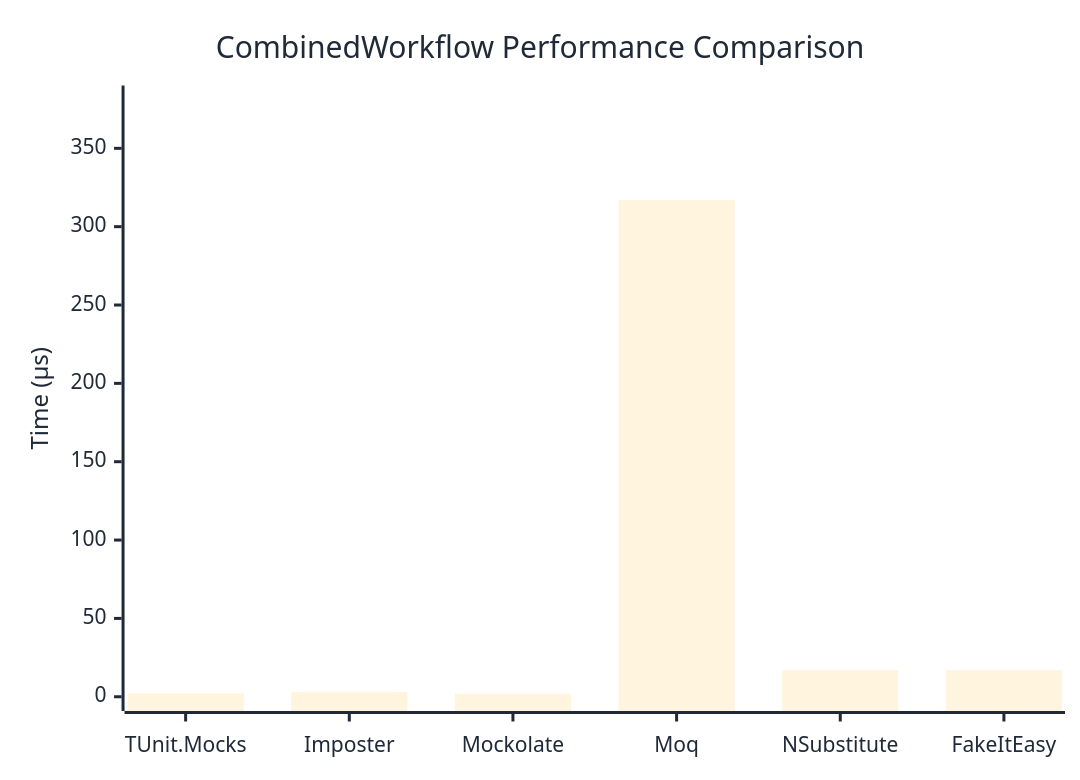
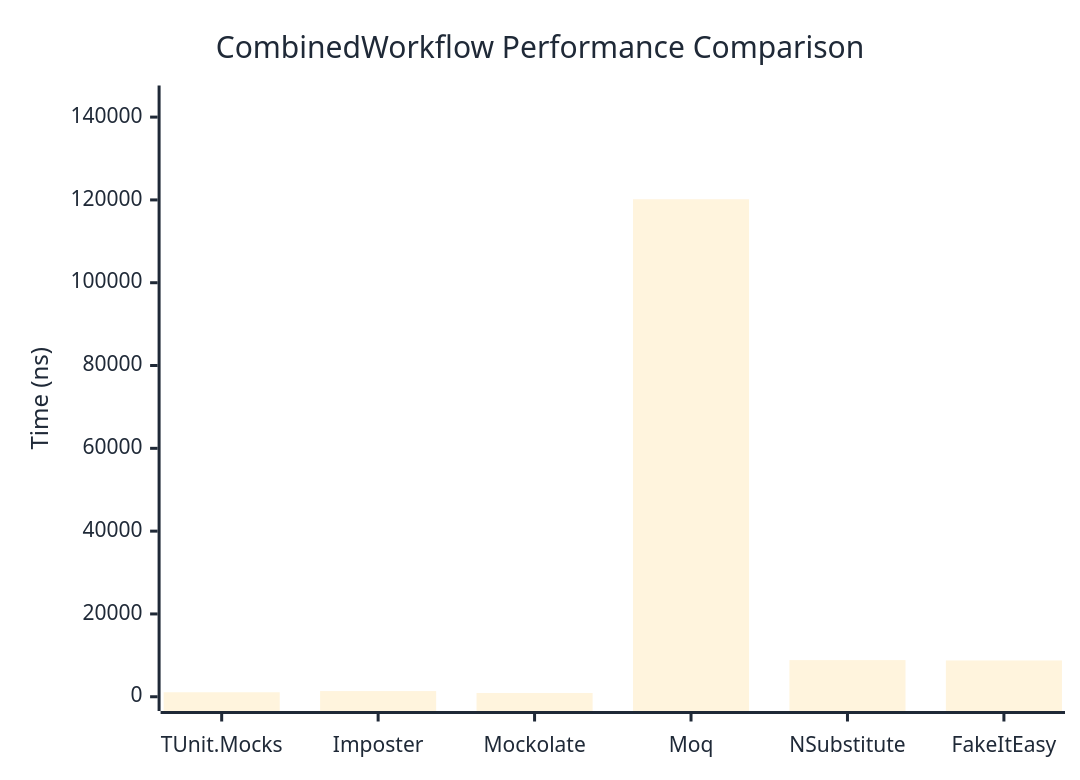
Before and after one commit to thomhurst/TUnit: the diagram in docs/docs/benchmarks/mocks/CombinedWorkflow.md, drawn with Mermaid. The commit also changed other lines of this file and 14 other files, not shown here.

````diff
--- a/docs/docs/benchmarks/mocks/CombinedWorkflow.md
+++ b/docs/docs/benchmarks/mocks/CombinedWorkflow.md
@@ -30,27 +30,27 @@
 ```mermaid
 %%{init: {
   'theme':'base',
   'themeVariables': {
     'primaryColor': '#2563eb',
     'primaryTextColor': '#1f2937',
     'primaryBorderColor': '#1e40af',
     'lineColor': '#6b7280',
     'secondaryColor': '#7c3aed',
     'tertiaryColor': '#dc2626',
     'background': '#ffffff',
     'pie1': '#2563eb',
     'pie2': '#7c3aed',
     'pie3': '#dc2626',
     'pie4': '#f59e0b',
     'pie5': '#10b981',
     'pie6': '#06b6d4',
     'pie7': '#ec4899',
     'pie8': '#6366f1'
   }
 }}%%
 xychart-beta
   title "CombinedWorkflow Performance Comparison"
   x-axis ["TUnit.Mocks", "Imposter", "Mockolate", "Moq", "NSubstitute", "FakeItEasy"]
-  y-axis "Time (μs)" 0 --> 381
-  bar [2.064, 3.103, 1.937, 317.011, 16.949, 16.891]
+  y-axis "Time (ns)" 0 --> 144192
+  bar [1085.9, 1374, 906.7, 120159.8, 8850.8, 8769.6]
 ```
````
